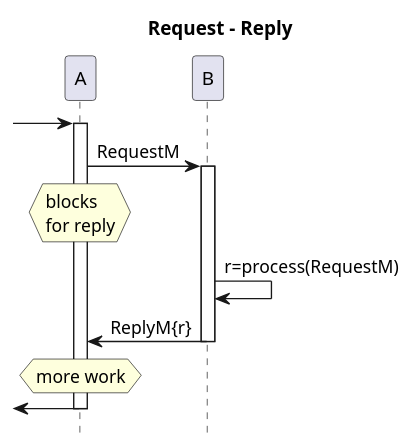
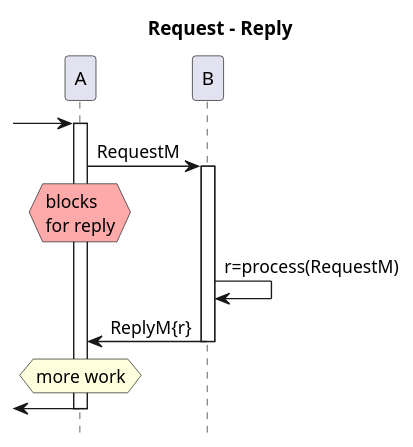
The diagram in patterns/4_request_reply_0_blocking.puml (victorrentea/kafka), drawn with PlantUML before and after one commit. The commit also changed 29 other files, not shown here.

```diff
--- a/patterns/4_request_reply_0_blocking.puml
+++ b/patterns/4_request_reply_0_blocking.puml
@@ -1,15 +1,15 @@
 @startuml
 title Request - Reply
 hide footbox
 ->A
 activate A
 A->B: RequestM
-hnote over A: blocks\nfor reply
+hnote over A #FFAAAA: blocks\nfor reply
 activate B
 B->B: r=process(RequestM)
 B->A: ReplyM{r}
 deactivate B
 hnote over A: more work
 <-A
 deactivate A
 @enduml
```
